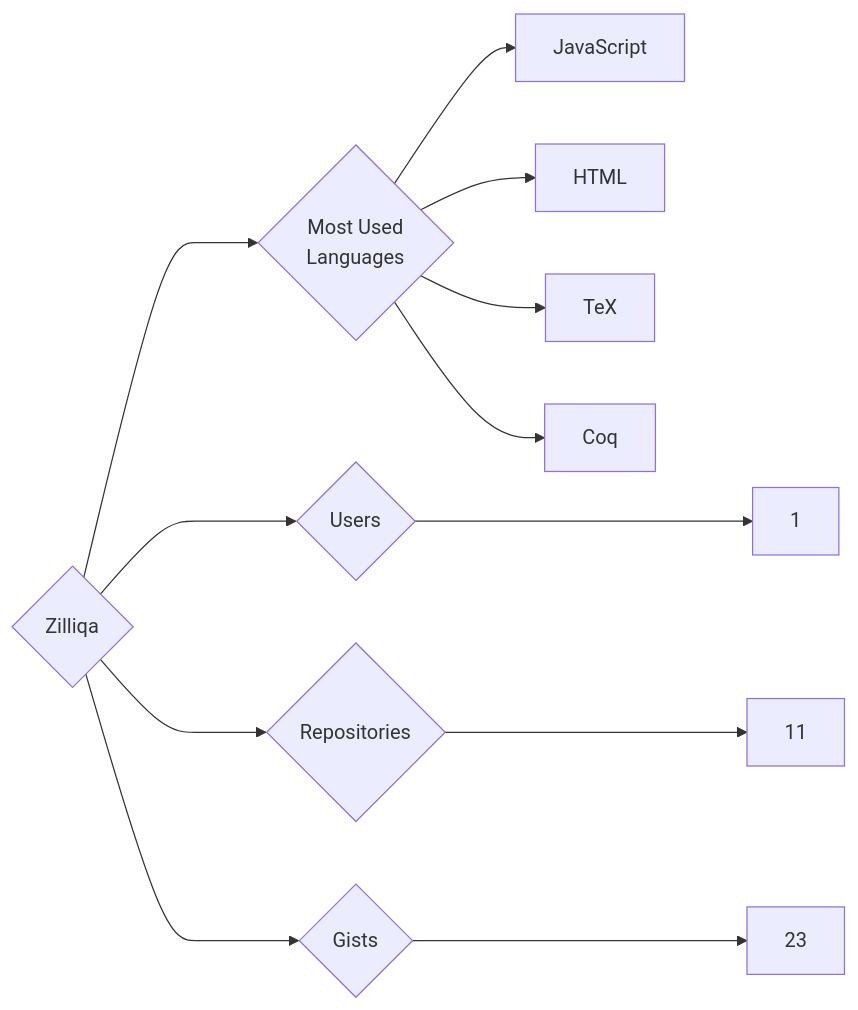
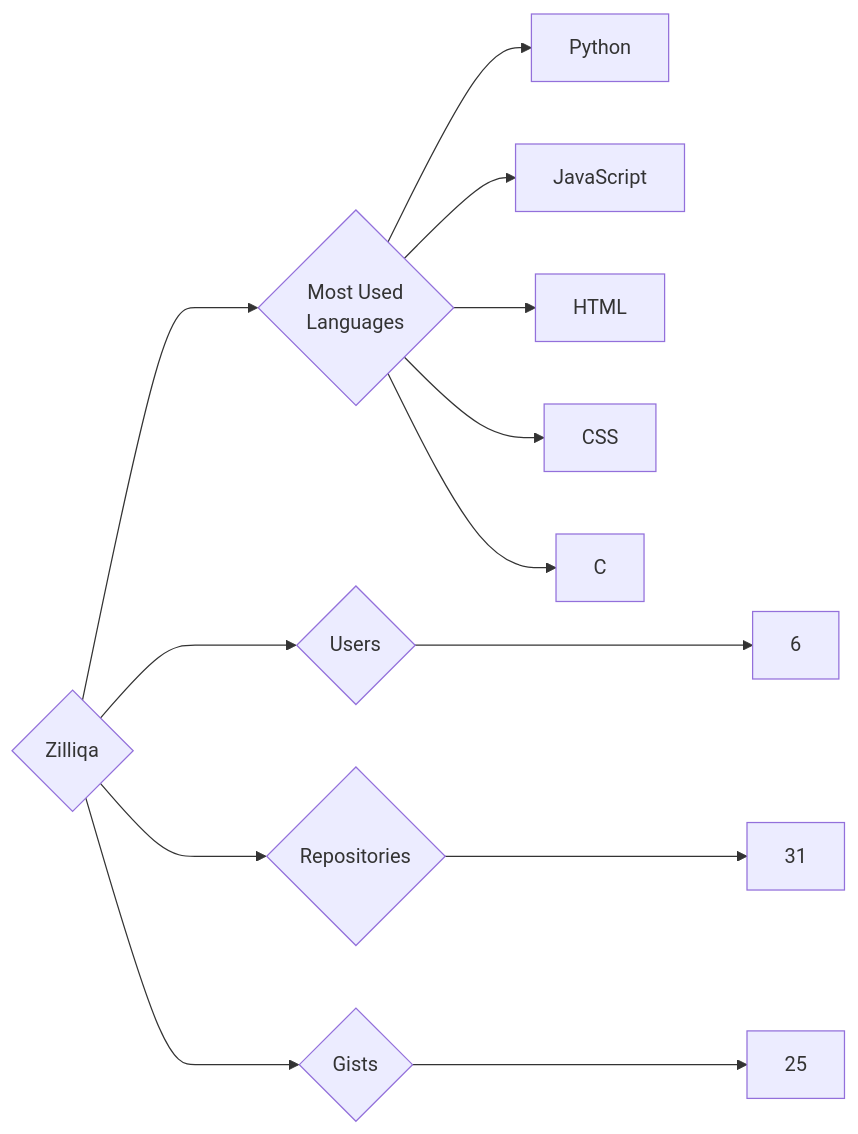
The diagram in targets/Zilliqa/README.md (trickest/insiders), drawn with Mermaid before and after one commit. The commit also changed 972 other files, not shown here.

````diff
--- a/targets/Zilliqa/README.md
+++ b/targets/Zilliqa/README.md
@@ -3,12 +3,13 @@
 ```mermaid
 graph LR
 COMPANY_NAME{Zilliqa}
-COMPANY_NAME ---> U{Users} ---> UN[1]
-COMPANY_NAME ---> R{Repositories} ---> RN[11]
-COMPANY_NAME ---> G{Gists} ---> GN[23]
+COMPANY_NAME ---> U{Users} ---> UN[6]
+COMPANY_NAME ---> R{Repositories} ---> RN[31]
+COMPANY_NAME ---> G{Gists} ---> GN[25]
 COMPANY_NAME ---> ML{Most Used<br>Languages}
+ML --> Python[Python]
 ML --> JavaScript[JavaScript]
 ML --> HTML[HTML]
-ML --> TeX[TeX]
-ML --> Coq[Coq]
+ML --> CSS[CSS]
+ML --> C[C]
 ```
````
